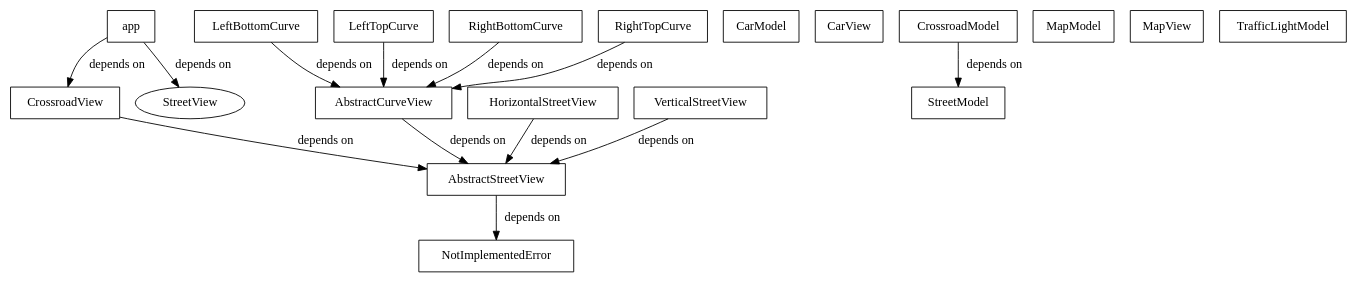
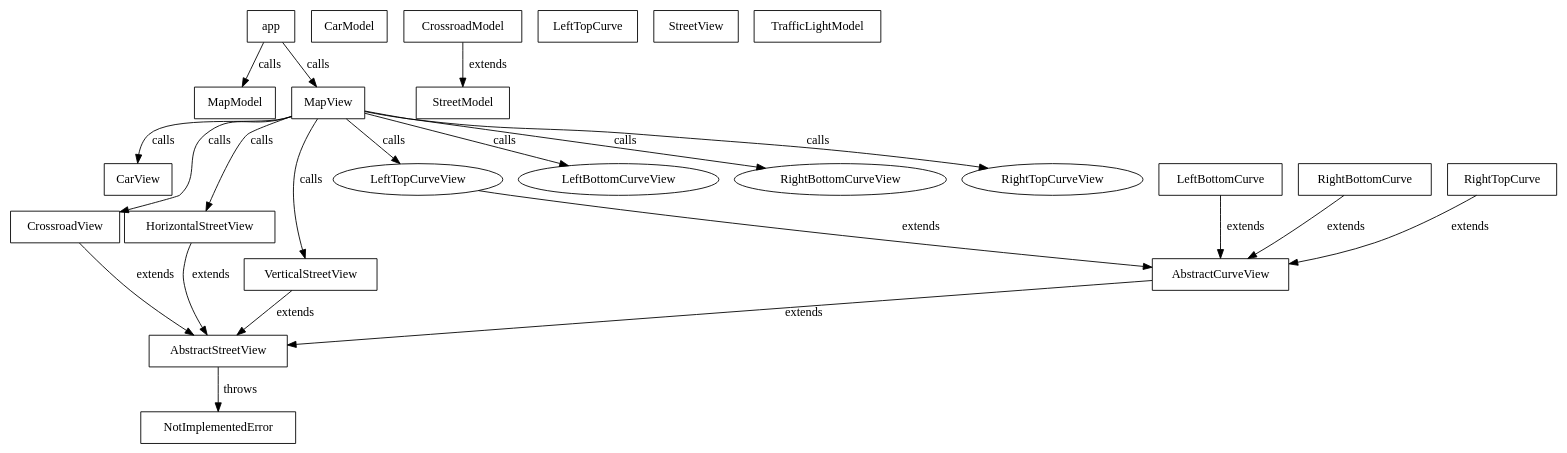
The diagram in dependencies.dot (Ryuno-Ki/js13kgames-2016), drawn with Graphviz before and after one commit. The commit also changed 1 other file, not shown here.

```diff
--- a/dependencies.dot
+++ b/dependencies.dot
@@ -1,33 +1,42 @@
 digraph G {
     app [shape=box];
     AbstractCurveView [shape=box];
     AbstractStreetView [shape=box];
     CarModel [shape=box];
     CarView [shape=box];
     CrossroadModel [shape=box];
     CrossroadView [shape=box];
     HorizontalStreetView [shape=box];
     LeftBottomCurve [shape=box];
     LeftTopCurve [shape=box];
     MapModel [shape=box];
     MapView [shape=box];
     NotImplementedError [shape=box];
     RightBottomCurve [shape=box];
     RightTopCurve [shape=box];
     StreetModel [shape=box];
+    StreetView [shape=box];
     TrafficLightModel [shape=box];
     VerticalStreetView [shape=box];
 
-    AbstractCurveView -> AbstractStreetView [label="depends on"];
-    AbstractStreetView -> NotImplementedError [label="depends on"];
-    app -> CrossroadView [label="depends on"];
-    app -> StreetView [label="depends on"];
-    CrossroadModel -> StreetModel [label="depends on"];
-    CrossroadView -> AbstractStreetView [label="depends on"];
-    HorizontalStreetView -> AbstractStreetView [label="depends on"];
-    LeftBottomCurve -> AbstractCurveView [label="depends on"];
-    LeftTopCurve -> AbstractCurveView [label="depends on"];
-    RightBottomCurve -> AbstractCurveView [label="depends on"];
-    RightTopCurve -> AbstractCurveView [label="depends on"];
-    VerticalStreetView -> AbstractStreetView [label="depends on"];
+    AbstractCurveView -> AbstractStreetView [label="extends"];
+    AbstractStreetView -> NotImplementedError [label="throws"];
+    app -> MapModel [label="calls"];
+    app -> MapView [label="calls"];
+    CrossroadModel -> StreetModel [label="extends"];
+    CrossroadView -> AbstractStreetView [label="extends"];
+    HorizontalStreetView -> AbstractStreetView [label="extends"];
+    LeftBottomCurve -> AbstractCurveView [label="extends"];
+    LeftTopCurveView -> AbstractCurveView [label="extends"];
+    MapView -> CarView [label="calls"];
+    MapView -> CrossroadView [label="calls"];
+    MapView -> HorizontalStreetView [label="calls"];
+    MapView -> LeftBottomCurveView [label="calls"];
+    MapView -> LeftTopCurveView [label="calls"];
+    MapView -> RightBottomCurveView [label="calls"];
+    MapView -> RightTopCurveView [label="calls"];
+    MapView -> VerticalStreetView [label="calls"];
+    RightBottomCurve -> AbstractCurveView [label="extends"];
+    RightTopCurve -> AbstractCurveView [label="extends"];
+    VerticalStreetView -> AbstractStreetView [label="extends"];
 }
```
